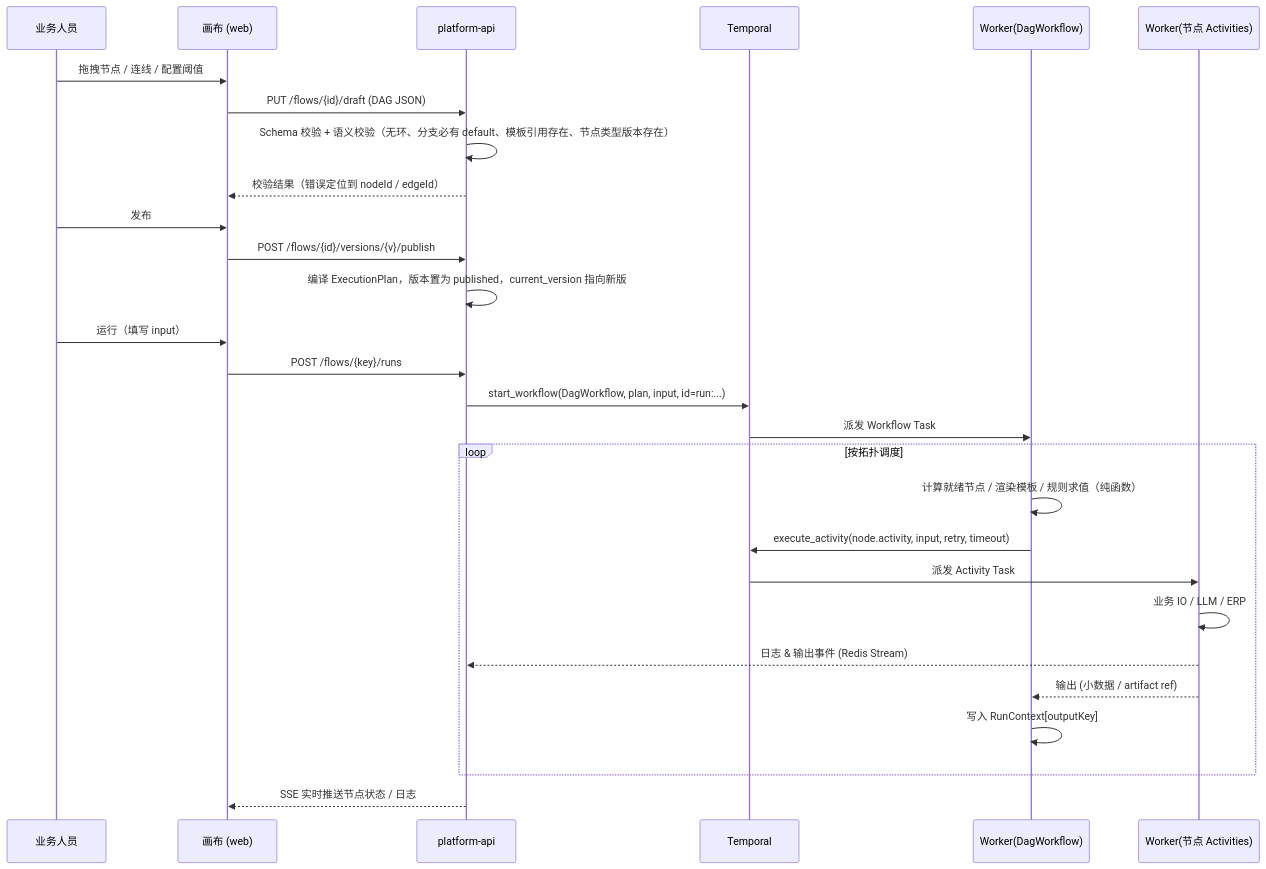
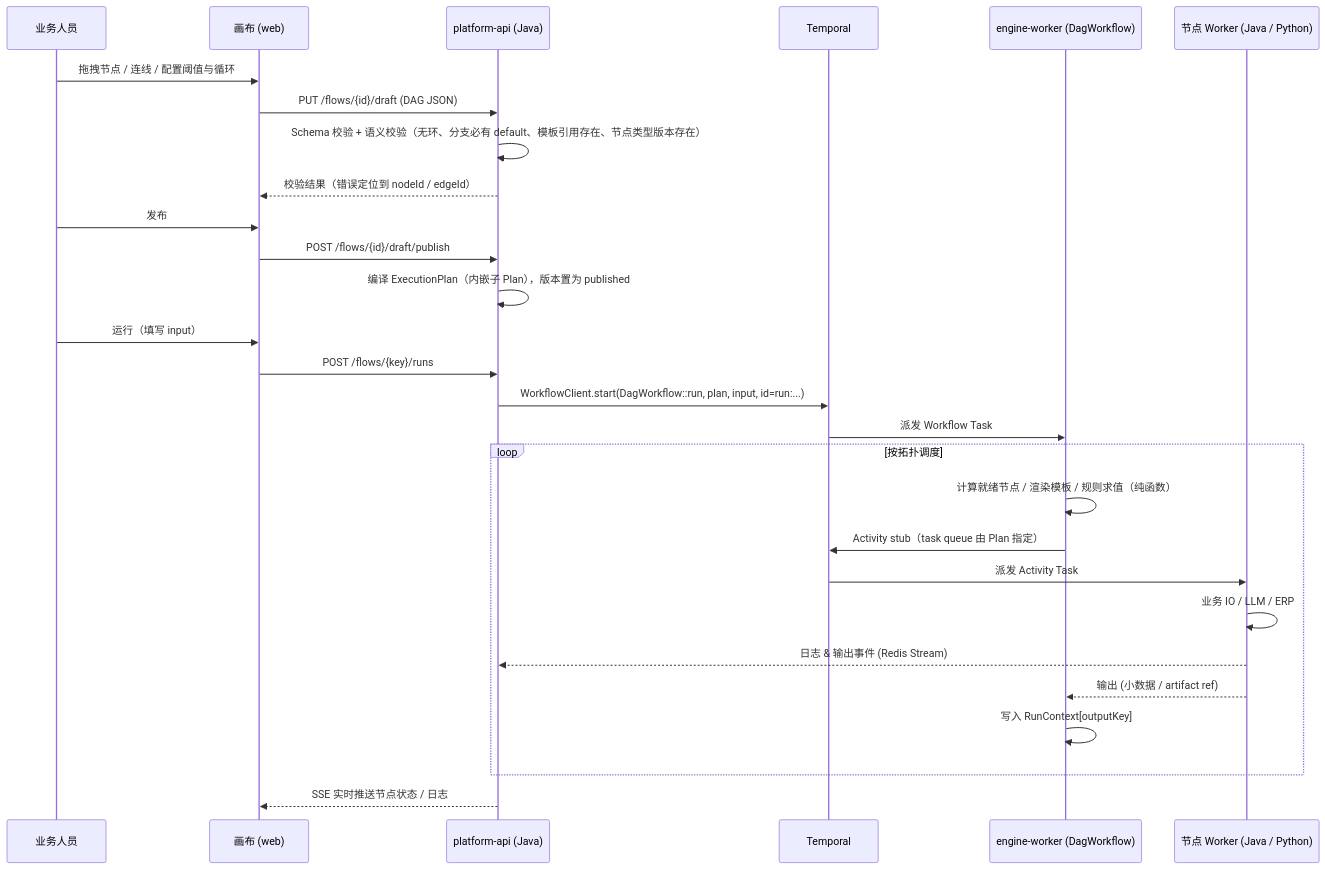
The second of 3 diagrams in docs/00-总体方案.md (so6662001/AIFoundationNew), drawn with Mermaid before and after one commit. The commit also changed other lines of this file and 13 other files, not shown here.

````diff
--- a/docs/00-总体方案.md
+++ b/docs/00-总体方案.md
@@ -192,31 +233,31 @@
 ```mermaid
 sequenceDiagram
   participant U as 业务人员
   participant W as 画布 (web)
-  participant A as platform-api
+  participant A as platform-api (Java)
   participant T as Temporal
-  participant K as Worker(DagWorkflow)
-  participant N as Worker(节点 Activities)
+  participant K as engine-worker (DagWorkflow)
+  participant N as 节点 Worker (Java / Python)
 
-  U->>W: 拖拽节点 / 连线 / 配置阈值
+  U->>W: 拖拽节点 / 连线 / 配置阈值与循环
   W->>A: PUT /flows/{id}/draft  (DAG JSON)
   A->>A: Schema 校验 + 语义校验（无环、分支必有 default、模板引用存在、节点类型版本存在）
   A-->>W: 校验结果（错误定位到 nodeId / edgeId）
   U->>W: 发布
-  W->>A: POST /flows/{id}/versions/{v}/publish
-  A->>A: 编译 ExecutionPlan，版本置为 published，current_version 指向新版
+  W->>A: POST /flows/{id}/draft/publish
+  A->>A: 编译 ExecutionPlan（内嵌子 Plan），版本置为 published
   U->>W: 运行（填写 input）
   W->>A: POST /flows/{key}/runs
-  A->>T: start_workflow(DagWorkflow, plan, input, id=run:...)
+  A->>T: WorkflowClient.start(DagWorkflow::run, plan, input, id=run:...)
   T->>K: 派发 Workflow Task
   loop 按拓扑调度
     K->>K: 计算就绪节点 / 渲染模板 / 规则求值（纯函数）
-    K->>T: execute_activity(node.activity, input, retry, timeout)
+    K->>T: Activity stub（task queue 由 Plan 指定）
     T->>N: 派发 Activity Task
     N->>N: 业务 IO / LLM / ERP
     N-->>A: 日志 & 输出事件 (Redis Stream)
     N-->>K: 输出 (小数据 / artifact ref)
     K->>K: 写入 RunContext[outputKey]
   end
   A-->>W: SSE 实时推送节点状态 / 日志
 ```
````
